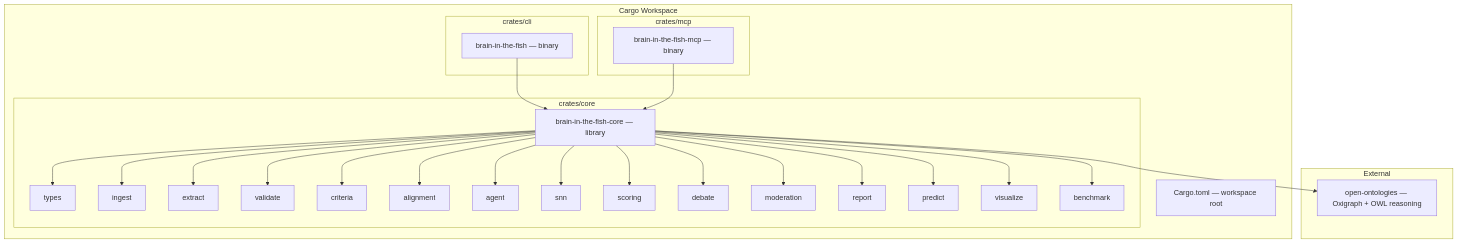
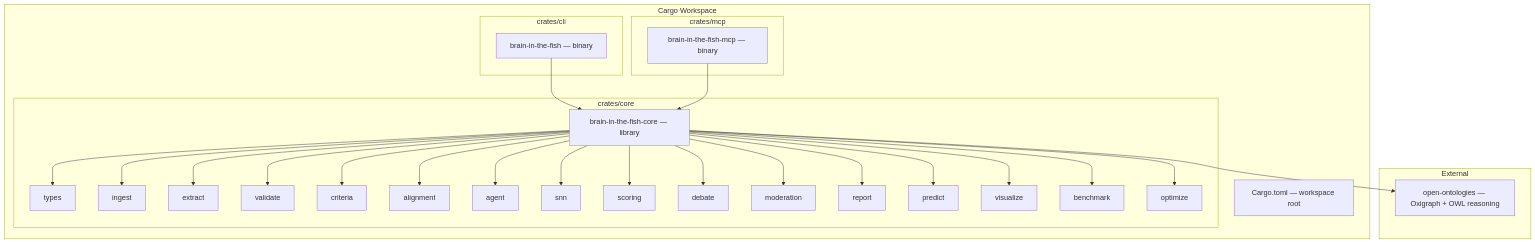
The fourth of 4 diagrams in README.md (fabio-rovai/brain-in-the-fish), drawn with Mermaid before and after one commit. The commit also changed other lines of this file, not shown here.

First line of the commit message:
docs: update README to reflect ontology spine architecture

````diff
--- a/README.md
+++ b/README.md
@@ -487,41 +500,42 @@
 ```mermaid
 graph TB
     subgraph "Cargo Workspace"
         ROOT[Cargo.toml — workspace root]
 
         subgraph "crates/core"
             CORE[brain-in-the-fish-core — library]
             CORE --> TYPES[types]
             CORE --> INGEST[ingest]
             CORE --> EXTRACT[extract]
             CORE --> VALIDATE[validate]
             CORE --> CRITERIA[criteria]
             CORE --> ALIGNMENT[alignment]
             CORE --> AGENT[agent]
             CORE --> SNN_MOD[snn]
             CORE --> SCORING[scoring]
             CORE --> DEBATE[debate]
             CORE --> MODERATION[moderation]
             CORE --> REPORT[report]
             CORE --> PREDICT[predict]
             CORE --> VIS[visualize]
             CORE --> BENCH[benchmark]
+            CORE --> OPT[optimize]
         end
 
         subgraph "crates/cli"
             CLI[brain-in-the-fish — binary]
         end
 
         subgraph "crates/mcp"
             MCP[brain-in-the-fish-mcp — binary]
         end
     end
 
     subgraph "External"
         OO[open-ontologies — Oxigraph + OWL reasoning]
     end
 
     CLI --> CORE
     MCP --> CORE
     CORE --> OO
 ```
````
